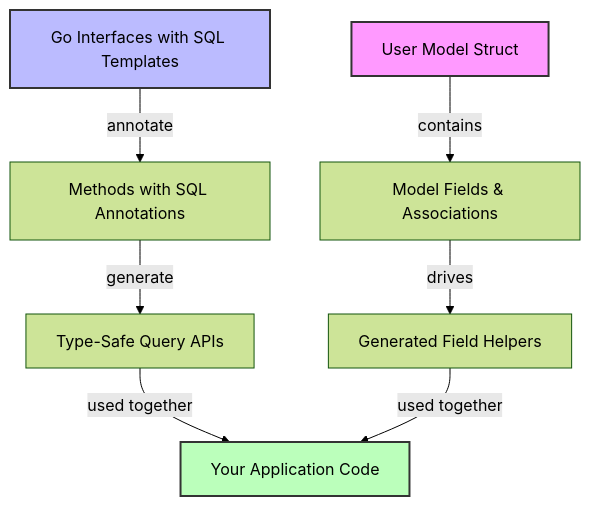
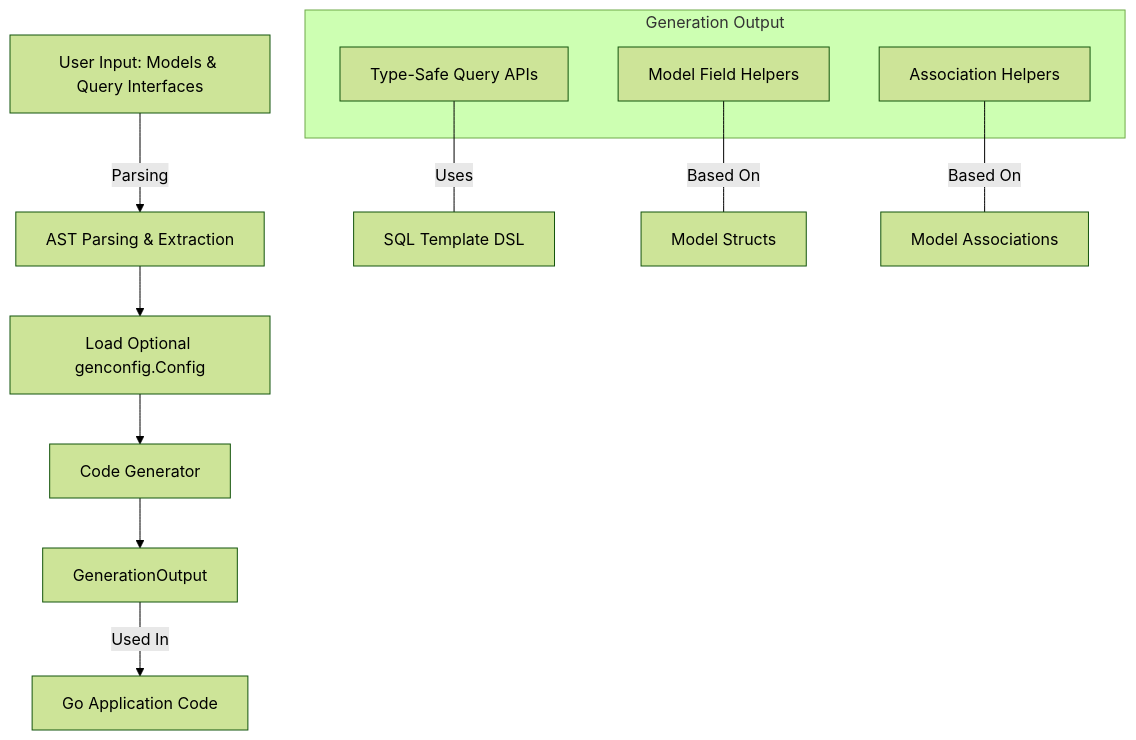
Before and after one commit to clidey/docucod-public-project-3a0e48a9-6b86-4d21-a930-072fe9723c66: the diagram in overview/architecture-and-core-concepts/core-concepts-terminology.mdx, drawn with Mermaid (forest theme). The commit also changed other lines of this file and 32 other files, not shown here.

````diff
--- a/overview/architecture-and-core-concepts/core-concepts-terminology.mdx
+++ b/overview/architecture-and-core-concepts/core-concepts-terminology.mdx
@@ -175,12 +196,22 @@
 ```mermaid
 flowchart TD
-  UserModel["User Model Struct"] -->|contains| Fields["Model Fields & Associations"]
-  Fields -->|drives| FieldHelpers["Generated Field Helpers"]
-  SQLInterfaces["Go Interfaces with SQL Templates"] -->|annotate| QueryMethods["Methods with SQL Annotations"]
-  QueryMethods -->|generate| QueryAPIs["Type-Safe Query APIs"]
-  QueryAPIs & FieldHelpers -->|used together| Application["Your Application Code"]
 
-  style UserModel fill:#f9f,stroke:#333,stroke-width:2px
-  style SQLInterfaces fill:#bbf,stroke:#333,stroke-width:2px
-  style Application fill:#bfb,stroke:#333,stroke-width:2px
+  UserInput["User Input: Models & Query Interfaces"] -->|Parsing| ASTParser["AST Parsing & Extraction"]
+  ASTParser --> ConfigLoader["Load Optional genconfig.Config"]
+  ConfigLoader --> Generator["Code Generator"]
+
+  subgraph Generation Output
+    QueryAPI["Type-Safe Query APIs"]
+    FieldHelpers["Model Field Helpers"]
+    AssociationHelpers["Association Helpers"]
+  end
+
+  Generator --> GenerationOutput
+  GenerationOutput -->|Used In| Application["Go Application Code"]
+
+  %% Relationships
+  QueryAPI ---|Uses| TemplateDSL["SQL Template DSL"]
+  FieldHelpers ---|Based On| Models["Model Structs"]
+  AssociationHelpers ---|Based On| ModelRelations["Model Associations"]
+
 ```
````
